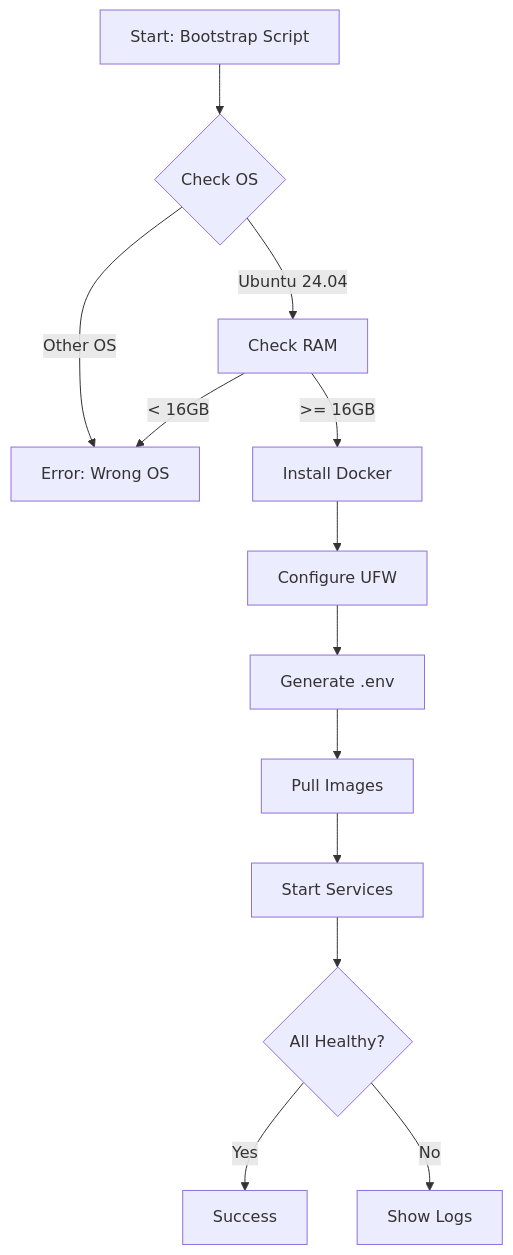
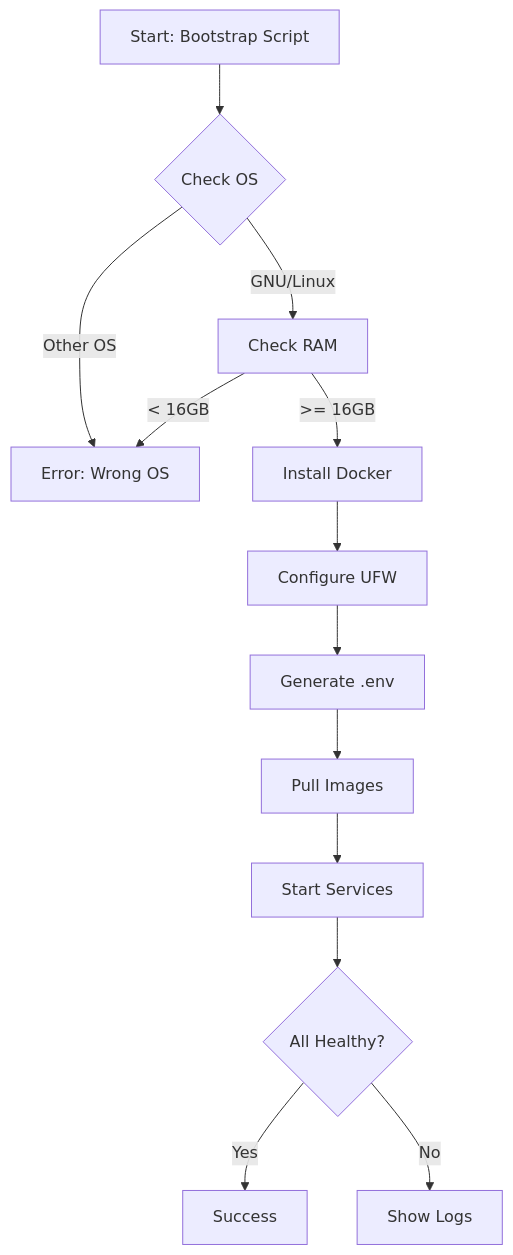
Before and after one commit to docg1701/borgstack: the second of 3 diagrams in docs/stories/6.2.portuguese-documentation.md, drawn with Mermaid. The commit also changed other lines of this file and 33 other files, not shown here.

First line of the commit message:
Atualizar referências: Ubuntu → GNU/Linux e corrigir testes CI

````diff
--- a/docs/stories/6.2.portuguese-documentation.md
+++ b/docs/stories/6.2.portuguese-documentation.md
@@ -813,15 +813,15 @@
 ```mermaid
 flowchart TD
     A[Start: Bootstrap Script] --> B{Check OS}
-    B -->|Ubuntu 24.04| C[Check RAM]
+    B -->|GNU/Linux| C[Check RAM]
     B -->|Other OS| Z[Error: Wrong OS]
     C -->|>= 16GB| D[Install Docker]
     C -->|< 16GB| Z
     D --> E[Configure UFW]
     E --> F[Generate .env]
     F --> G[Pull Images]
     G --> H[Start Services]
     H --> I{All Healthy?}
     I -->|Yes| J[Success]
     I -->|No| K[Show Logs]
 ```
````
